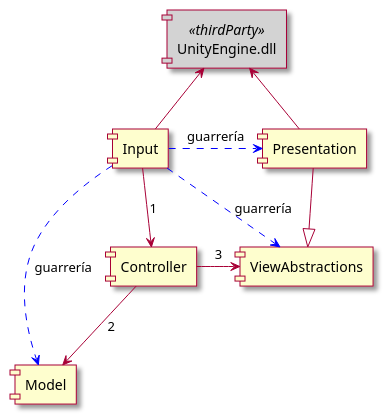
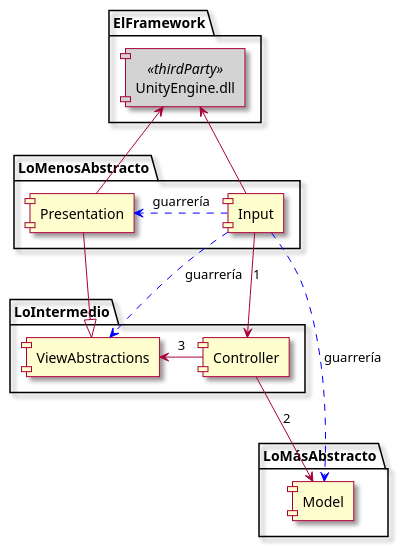
Before and after one commit to RicardoGuzmanVelasco/ArchitecturalCookieClicker: the diagram in Assets/CoD/Docs~/Architecture.puml, drawn with PlantUML.

Commit message:
docs: use packages by abstraction level

```diff
--- a/Assets/CoD/Docs~/Architecture.puml
+++ b/Assets/CoD/Docs~/Architecture.puml
@@ -1,26 +1,36 @@
 @startuml
 skin rose
 skinparam componentstyle uml1
 
+package LoMásAbstracto {
 component Model
+}
+
+package LoMenosAbstracto {
 component Presentation
 component Input
+}
+
+package LoIntermedio {
 component Controller
 component ViewAbstractions
+}
 
+package ElFramework{
 component UnityEngine.dll <<thirdParty>> #lightgray
+}
 
 Input --> Controller : 1
 Controller --> Model : 2
 Presentation --|> ViewAbstractions
 Controller -> ViewAbstractions : 3
 
 Presentation -u-> UnityEngine.dll
 Input -u-> UnityEngine.dll
 
 
 Input ..> ViewAbstractions #blue : guarrería
 Input ..> Model #blue : guarrería
 Input .> Presentation #blue : guarrería
 
 @enduml
```
